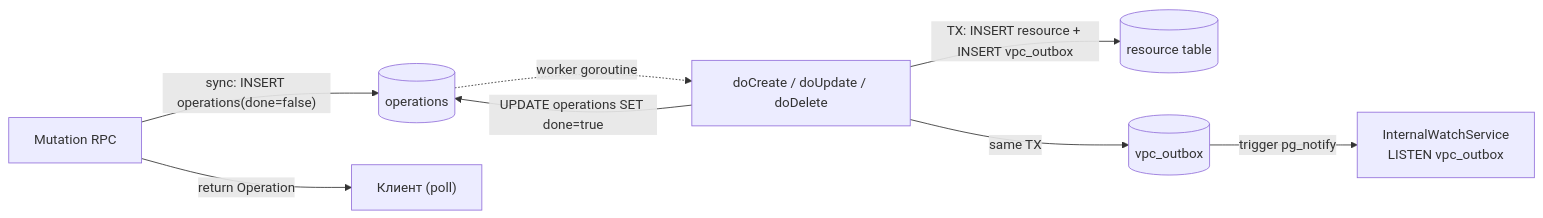
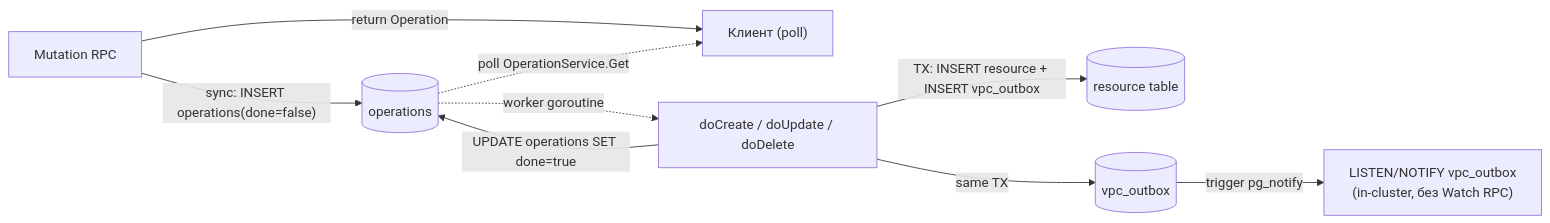
Before and after one commit to PRO-Robotech/kacho-vpc: the diagram in docs-site/docs/architecture/data-model.mdx, drawn with Mermaid. The commit also changed other lines of this file and 83 other files, not shown here.

````diff
--- a/docs-site/docs/architecture/data-model.mdx
+++ b/docs-site/docs/architecture/data-model.mdx
@@ -235,10 +235,11 @@
 ```mermaid
 flowchart LR
   mut["Mutation RPC"] -->|"sync: INSERT operations(done=false)"| op[("operations")]
   mut -->|"return Operation"| cli["Клиент (poll)"]
   op -.->|"worker goroutine"| work["doCreate / doUpdate / doDelete"]
   work -->|"TX: INSERT resource + INSERT vpc_outbox"| res[("resource table")]
   work -->|"same TX"| ob[("vpc_outbox")]
-  ob -->|"trigger pg_notify"| watch["InternalWatchService<br/>LISTEN vpc_outbox"]
+  ob -->|"trigger pg_notify"| notify["LISTEN/NOTIFY vpc_outbox<br/>(in-cluster, без Watch RPC)"]
   work -->|"UPDATE operations SET done=true"| op
+  op -.->|"poll OperationService.Get"| cli
 ```
````
